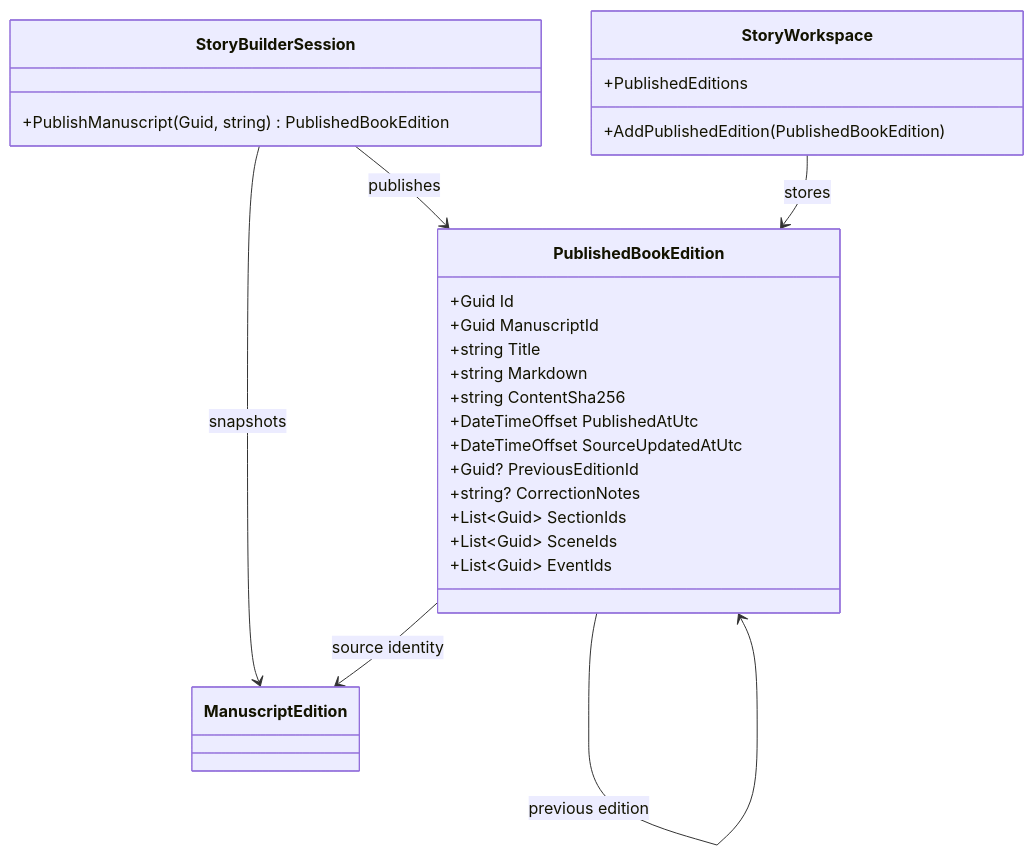
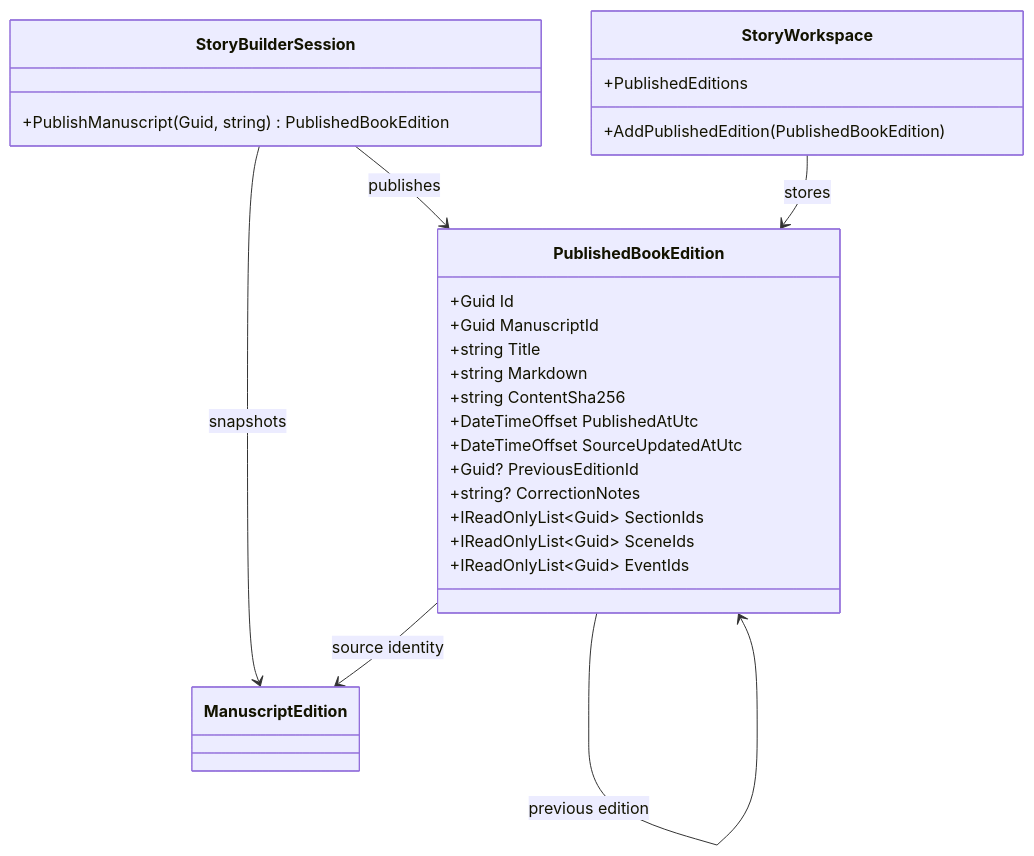
One commit to TrentBest/StoryBuilder changed the diagram in docs/UML/PublishedBookEditionUML.md. Above: the diagram before and after it, drawn with Mermaid.

Commit message:
Document read-only publication provenance in UML

````diff
--- a/docs/UML/PublishedBookEditionUML.md
+++ b/docs/UML/PublishedBookEditionUML.md
@@ -3,30 +3,30 @@
 ```mermaid
 classDiagram
     class StoryBuilderSession {
       +PublishManuscript(Guid, string) PublishedBookEdition
     }
     class PublishedBookEdition {
       +Guid Id
       +Guid ManuscriptId
       +string Title
       +string Markdown
       +string ContentSha256
       +DateTimeOffset PublishedAtUtc
       +DateTimeOffset SourceUpdatedAtUtc
       +Guid? PreviousEditionId
       +string? CorrectionNotes
-      +List~Guid~ SectionIds
-      +List~Guid~ SceneIds
-      +List~Guid~ EventIds
+      +IReadOnlyList~Guid~ SectionIds
+      +IReadOnlyList~Guid~ SceneIds
+      +IReadOnlyList~Guid~ EventIds
     }
     class ManuscriptEdition
     class StoryWorkspace {
       +PublishedEditions
       +AddPublishedEdition(PublishedBookEdition)
     }
     StoryBuilderSession --> ManuscriptEdition : snapshots
     StoryBuilderSession --> PublishedBookEdition : publishes
     StoryWorkspace --> PublishedBookEdition : stores
     PublishedBookEdition --> ManuscriptEdition : source identity
     PublishedBookEdition --> PublishedBookEdition : previous edition
 ```
````
